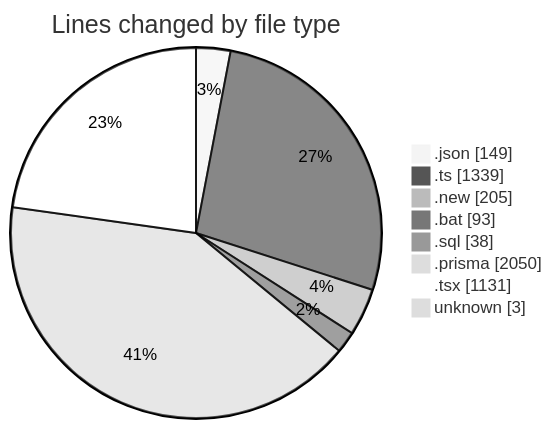
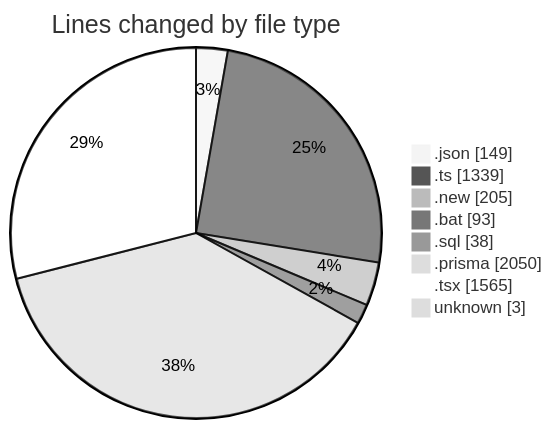
One commit to CELIANVF/code-tracking changed the first of 2 diagrams in 2025-05-20/ecodeli-1/README.md. Above: the diagram before and after it, drawn with Mermaid (neutral theme). The commit also changed other lines of this file and 1 other file, not shown here.

````diff
--- a/2025-05-20/ecodeli-1/README.md
+++ b/2025-05-20/ecodeli-1/README.md
@@ -42,12 +42,12 @@
 ```mermaid
 pie showData
 title Lines changed by file type
 ".json" : 149
 ".ts" : 1339
 ".new" : 205
 ".bat" : 93
 ".sql" : 38
 ".prisma" : 2050
-".tsx" : 1131
+".tsx" : 1565
 "unknown" : 3
 ```
````
